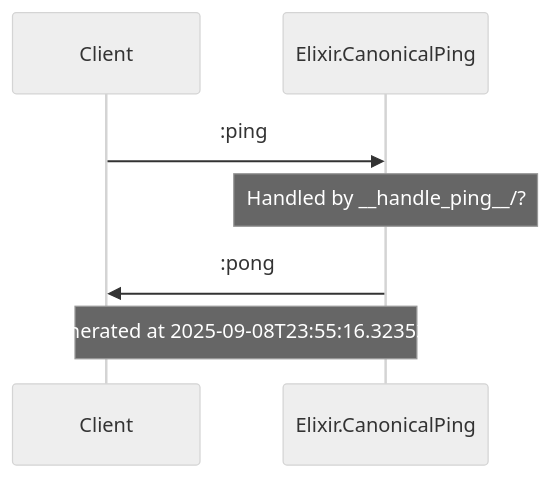
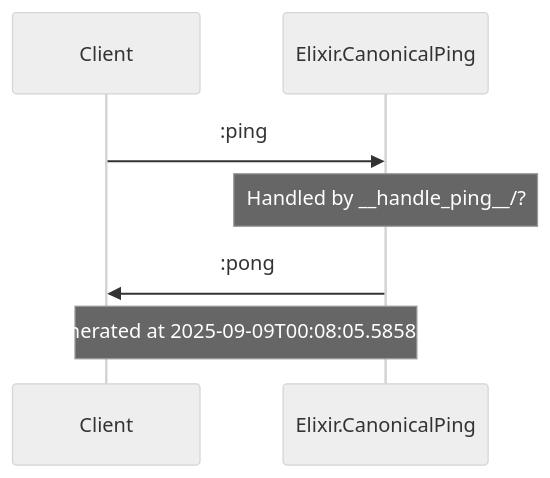
Before and after one commit to anoma/engine: the diagram in docs/diagrams/Elixir.CanonicalPing.md, drawn with Mermaid (neutral theme). The commit also changed other lines of this file and 5 other files, not shown here.

````diff
--- a/docs/diagrams/Elixir.CanonicalPing.md
+++ b/docs/diagrams/Elixir.CanonicalPing.md
@@ -5,11 +5,11 @@
 ```mermaid
 sequenceDiagram
     participant Client
     participant Elixir.Examples.CanonicalPingEngine as Elixir.CanonicalPing
     Client->>Elixir.Examples.CanonicalPingEngine: :ping
     Note over Elixir.Examples.CanonicalPingEngine: Handled by __handle_ping__/?
     Elixir.Examples.CanonicalPingEngine->>Client: :pong
 
-Note over Client, Elixir.Examples.CanonicalPingEngine: Generated at 2025-09-08T23:55:16.323532Z
+Note over Client, Elixir.Examples.CanonicalPingEngine: Generated at 2025-09-09T00:08:05.585853Z
 
 ```
````
